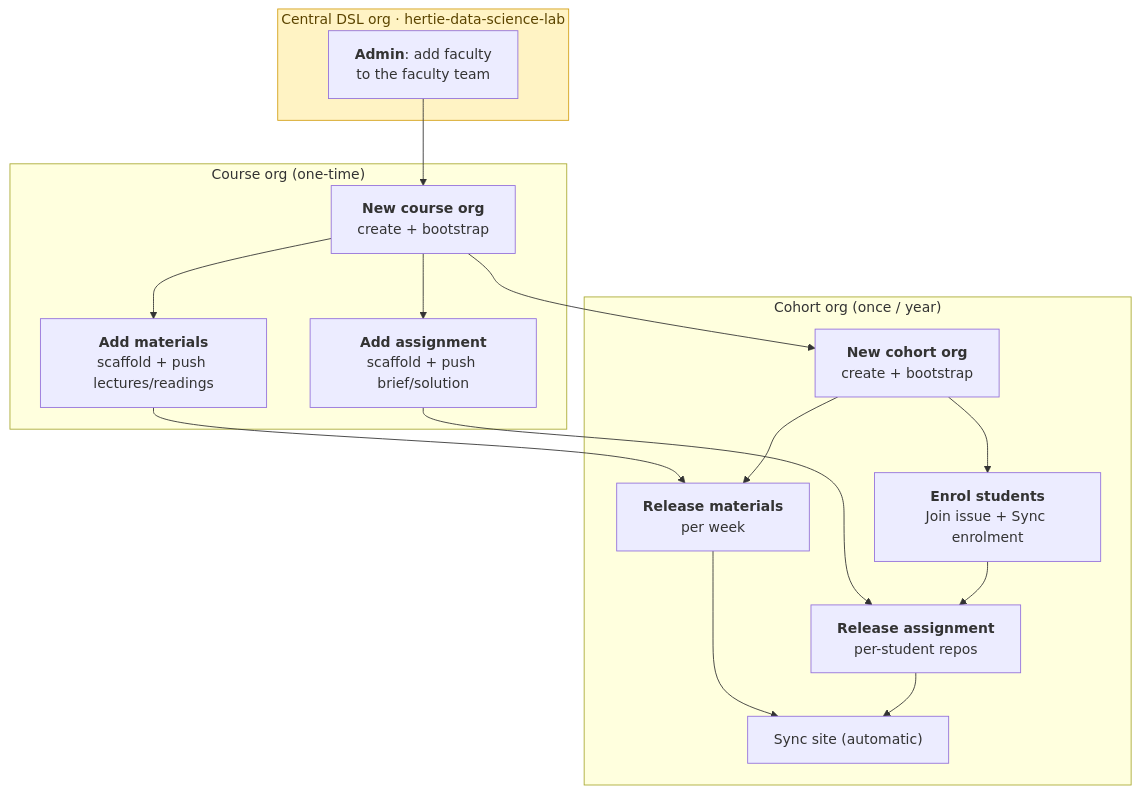
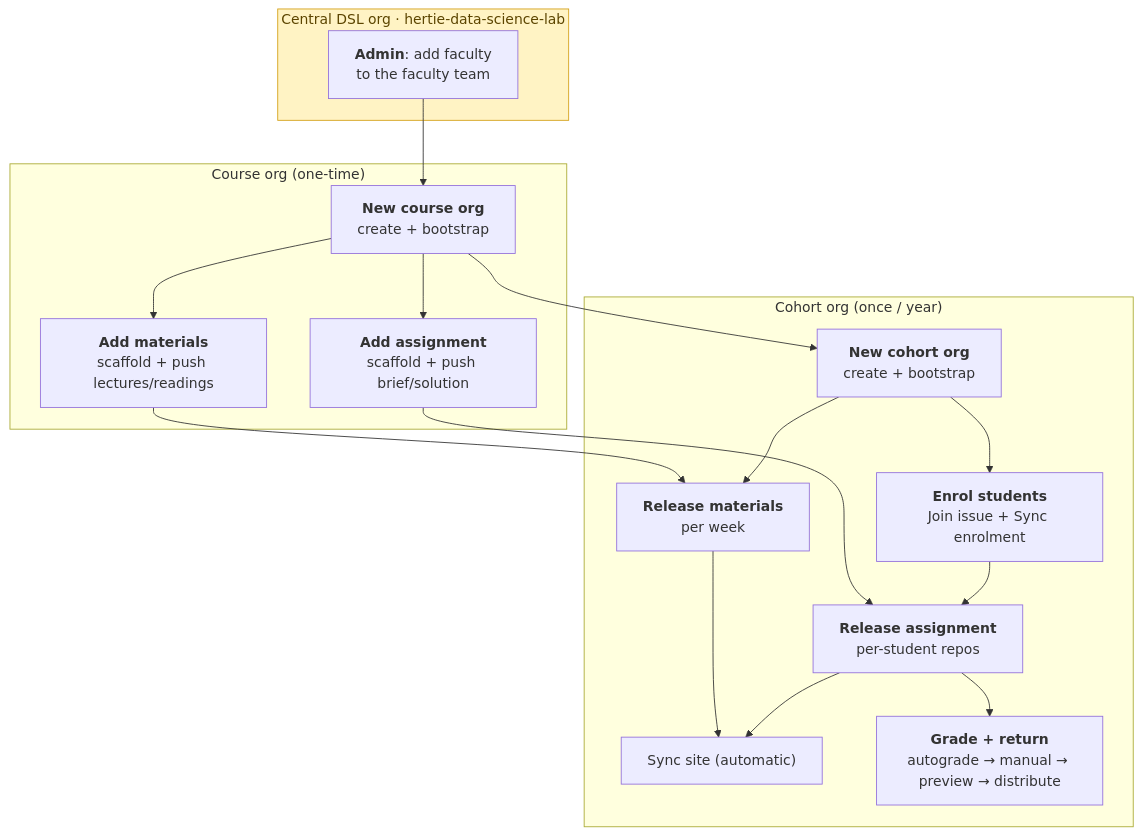
The diagram in docs/faculty/README.md (hertie-data-science-lab/dsl-teaching-course-setup), drawn with Mermaid before and after one commit. The commit also changed other lines of this file and 2 other files, not shown here.

Commit message:
docs(faculty): add grade-and-return-assignments runbook

````diff
--- a/docs/faculty/README.md
+++ b/docs/faculty/README.md
@@ -26,34 +26,36 @@
 ```mermaid
 flowchart TD
   subgraph CENTRAL["Central DSL org · hertie-data-science-lab"]
     A["<b>Admin</b>: add faculty<br/>to the faculty team"]
   end
 
   subgraph COURSE["Course org (one-time)"]
     B["<b>New course org</b><br/>create + bootstrap"]
     C["<b>Add materials</b><br/>scaffold + push lectures/readings"]
     D["<b>Add assignment</b><br/>scaffold + push brief/solution"]
     B --> C
     B --> D
   end
 
   subgraph COHORT["Cohort org (once / year)"]
     E["<b>New cohort org</b><br/>create + bootstrap"]
     F["<b>Enrol students</b><br/>Join issue + Sync enrolment"]
     G["<b>Release materials</b><br/>per week"]
     H["<b>Release assignment</b><br/>per-student repos"]
     I["Sync site (automatic)"]
+    J["<b>Grade + return</b><br/>autograde → manual → preview → distribute"]
     E --> F
   end
 
   A --> B
   B --> E
   C --> G
   D --> H
   E --> G
   F --> H
   G --> I
   H --> I
+  H --> J
 
   style CENTRAL fill:#fff3c4,stroke:#d4a017,color:#5c4500
 ```
````
